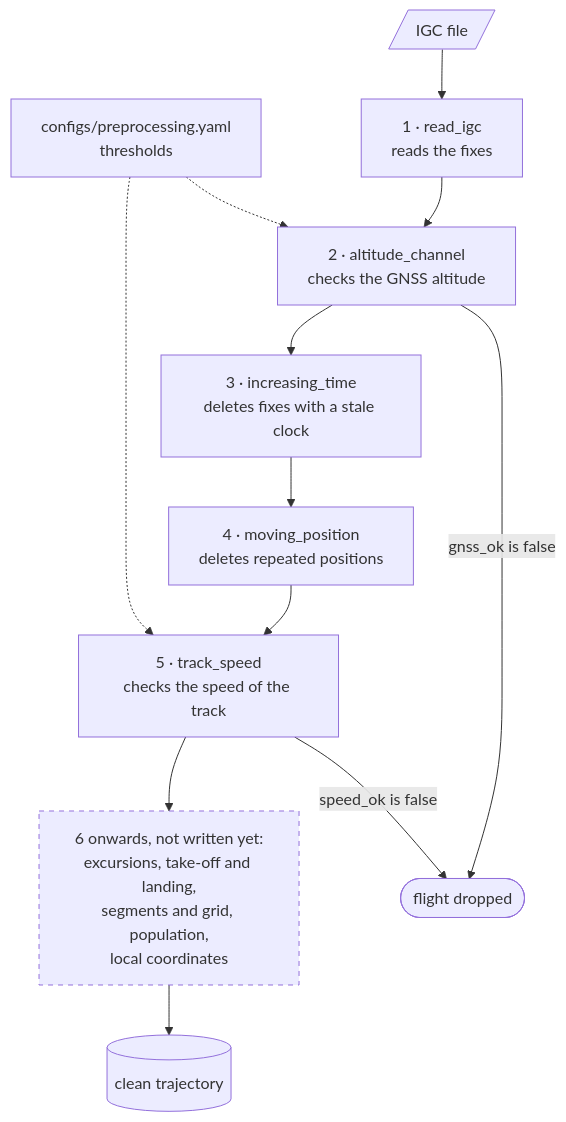
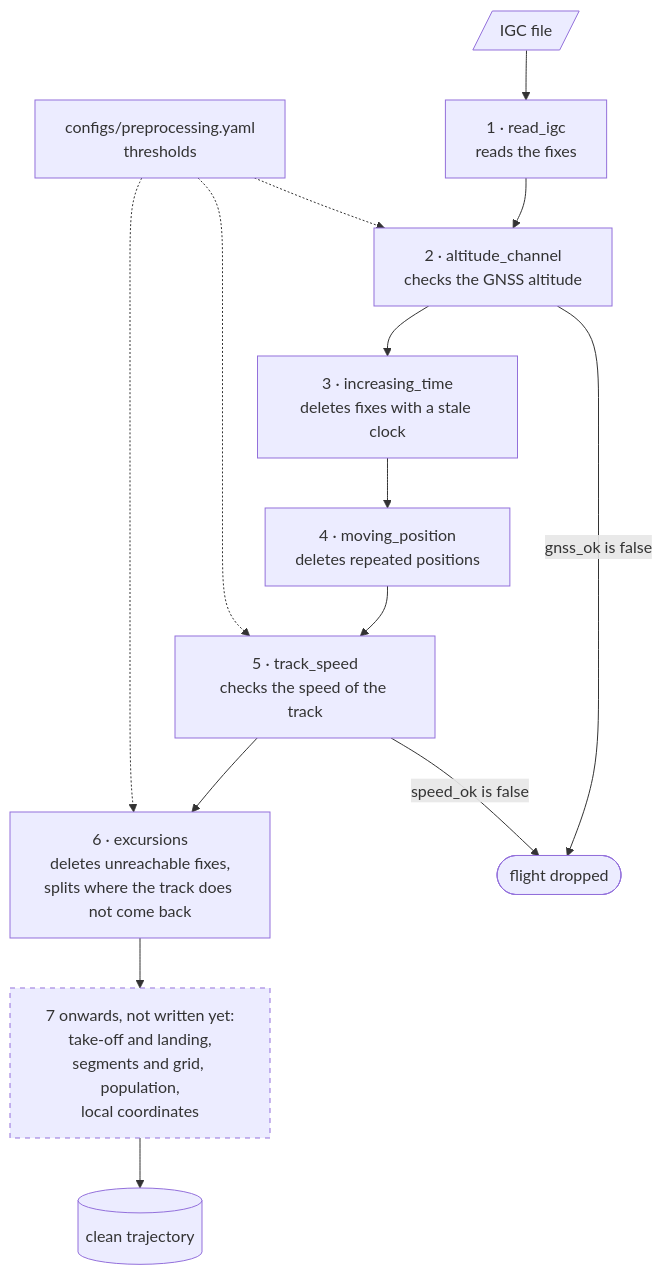
The diagram in docs/preprocessing.md (matteodisante/xc-dynamics), drawn with Mermaid before and after one commit. The commit also changed other lines of this file and 4 other files, not shown here.

````diff
--- a/docs/preprocessing.md
+++ b/docs/preprocessing.md
@@ -11,22 +11,24 @@
 ```mermaid
 flowchart TD
     igc[/"IGC file"/]
     cfg["configs/preprocessing.yaml<br>thresholds"]
     read["1 · read_igc<br>reads the fixes"]
     alt["2 · altitude_channel<br>checks the GNSS altitude"]
     clock["3 · increasing_time<br>deletes fixes with a stale clock"]
     rep["4 · moving_position<br>deletes repeated positions"]
     speed["5 · track_speed<br>checks the speed of the track"]
-    todo["6 onwards, not written yet:<br>excursions, take-off and landing,<br>segments and grid, population,<br>local coordinates"]
+    exc["6 · excursions<br>deletes unreachable fixes,<br>splits where the track does not come back"]
+    todo["7 onwards, not written yet:<br>take-off and landing,<br>segments and grid, population,<br>local coordinates"]
     out[("clean trajectory")]
     drop(["flight dropped"])
 
-    igc --> read --> alt --> clock --> rep --> speed --> todo --> out
+    igc --> read --> alt --> clock --> rep --> speed --> exc --> todo --> out
     alt -->|"gnss_ok is false"| drop
     speed -->|"speed_ok is false"| drop
     cfg -.-> alt
     cfg -.-> speed
+    cfg -.-> exc
 
     classDef pending stroke-dasharray: 5 5
     class todo pending
 ```
````
